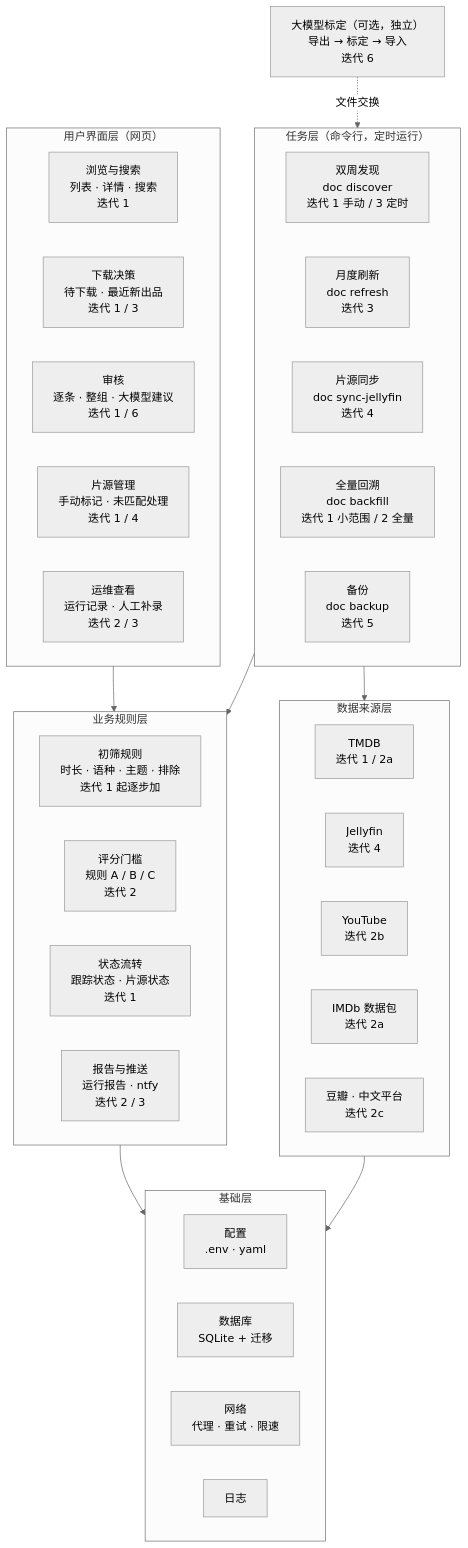
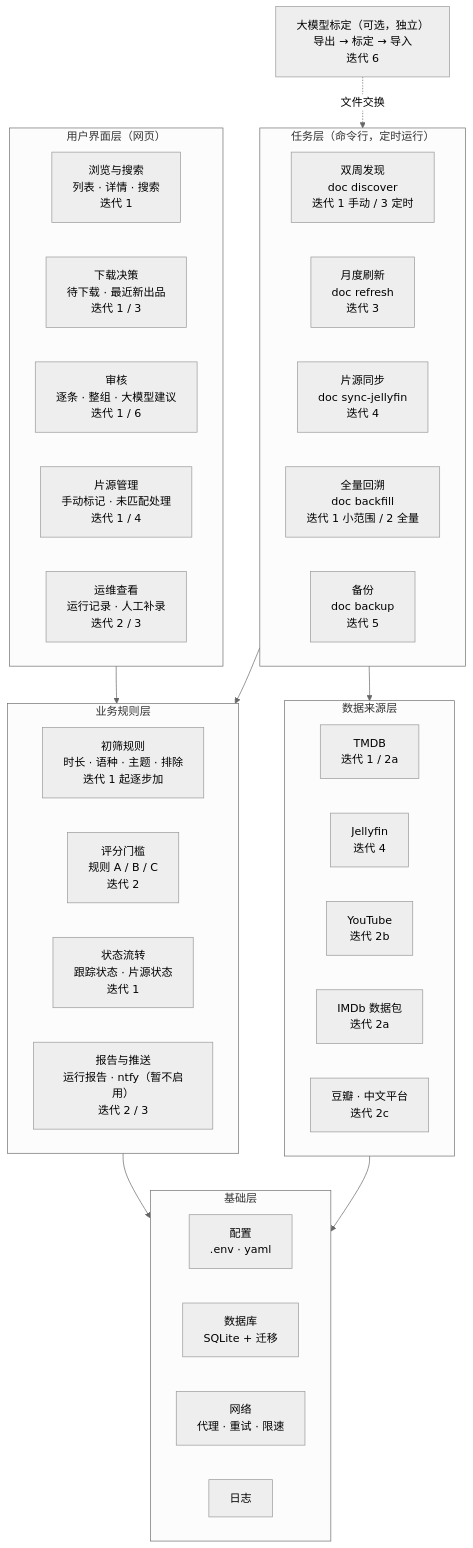
One commit to hfeng-9527/Documentary changed the first of 2 diagrams in docs/architecture.md. Above: the diagram before and after it, drawn with Mermaid (neutral theme). The commit also changed other lines of this file and 6 other files, not shown here.

````diff
--- a/docs/architecture.md
+++ b/docs/architecture.md
@@ -42,54 +42,54 @@
 ```mermaid
 flowchart TB
     subgraph UI["用户界面层（网页）"]
         direction LR
         U1["浏览与搜索<br/>列表 · 详情 · 搜索<br/>迭代 1"]
         U2["下载决策<br/>待下载 · 最近新出品<br/>迭代 1 / 3"]
         U3["审核<br/>逐条 · 整组 · 大模型建议<br/>迭代 1 / 6"]
         U4["片源管理<br/>手动标记 · 未匹配处理<br/>迭代 1 / 4"]
         U5["运维查看<br/>运行记录 · 人工补录<br/>迭代 2 / 3"]
     end
 
     subgraph BIZ["业务规则层"]
         direction LR
         B1["初筛规则<br/>时长 · 语种 · 主题 · 排除<br/>迭代 1 起逐步加"]
         B2["评分门槛<br/>规则 A / B / C<br/>迭代 2"]
         B3["状态流转<br/>跟踪状态 · 片源状态<br/>迭代 1"]
-        B4["报告与推送<br/>运行报告 · ntfy<br/>迭代 2 / 3"]
+        B4["报告与推送<br/>运行报告 · ntfy（暂不启用）<br/>迭代 2 / 3"]
     end
 
     subgraph TASK["任务层（命令行，定时运行）"]
         direction LR
         T1["双周发现<br/>doc discover<br/>迭代 1 手动 / 3 定时"]
         T2["月度刷新<br/>doc refresh<br/>迭代 3"]
         T3["片源同步<br/>doc sync-jellyfin<br/>迭代 4"]
         T4["全量回溯<br/>doc backfill<br/>迭代 1 小范围 / 2 全量"]
         T5["备份<br/>doc backup<br/>迭代 5"]
     end
 
     subgraph SRC["数据来源层"]
         direction LR
         S1["TMDB<br/>迭代 1 / 2a"]
         S2["Jellyfin<br/>迭代 4"]
         S3["YouTube<br/>迭代 2b"]
         S4["IMDb 数据包<br/>迭代 2a"]
         S5["豆瓣 · 中文平台<br/>迭代 2c"]
     end
 
     subgraph BASE["基础层"]
         direction LR
         C1["配置<br/>.env · yaml"]
         C2["数据库<br/>SQLite + 迁移"]
         C3["网络<br/>代理 · 重试 · 限速"]
         C4["日志"]
     end
 
     OPT["大模型标定（可选，独立）<br/>导出 → 标定 → 导入<br/>迭代 6"]
 
     UI --> BIZ
     TASK --> BIZ
     TASK --> SRC
     BIZ --> BASE
     SRC --> BASE
     OPT -.文件交换.-> TASK
 ```
````
